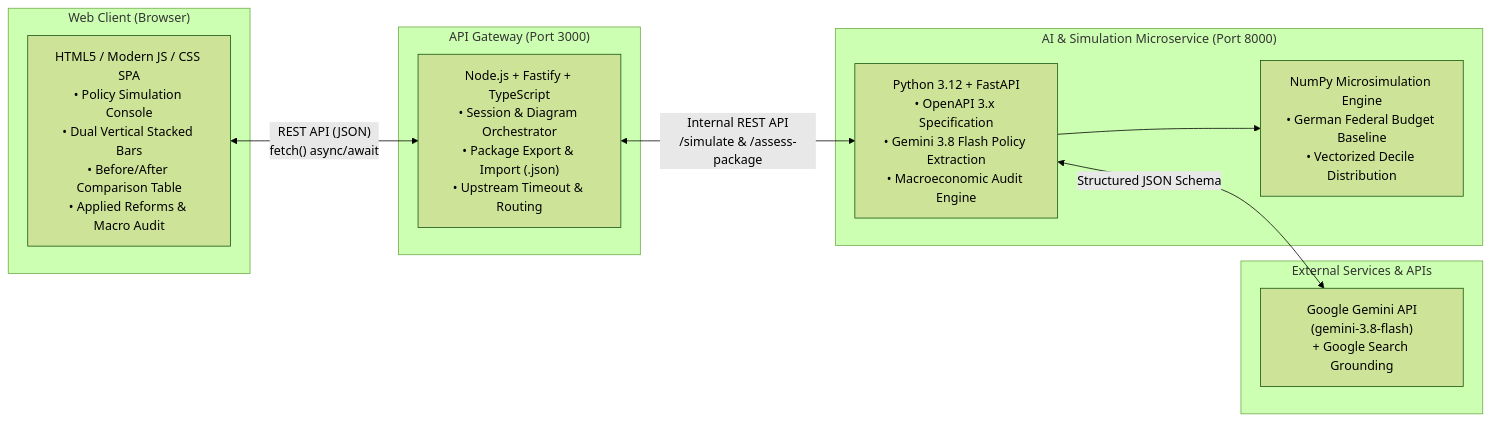
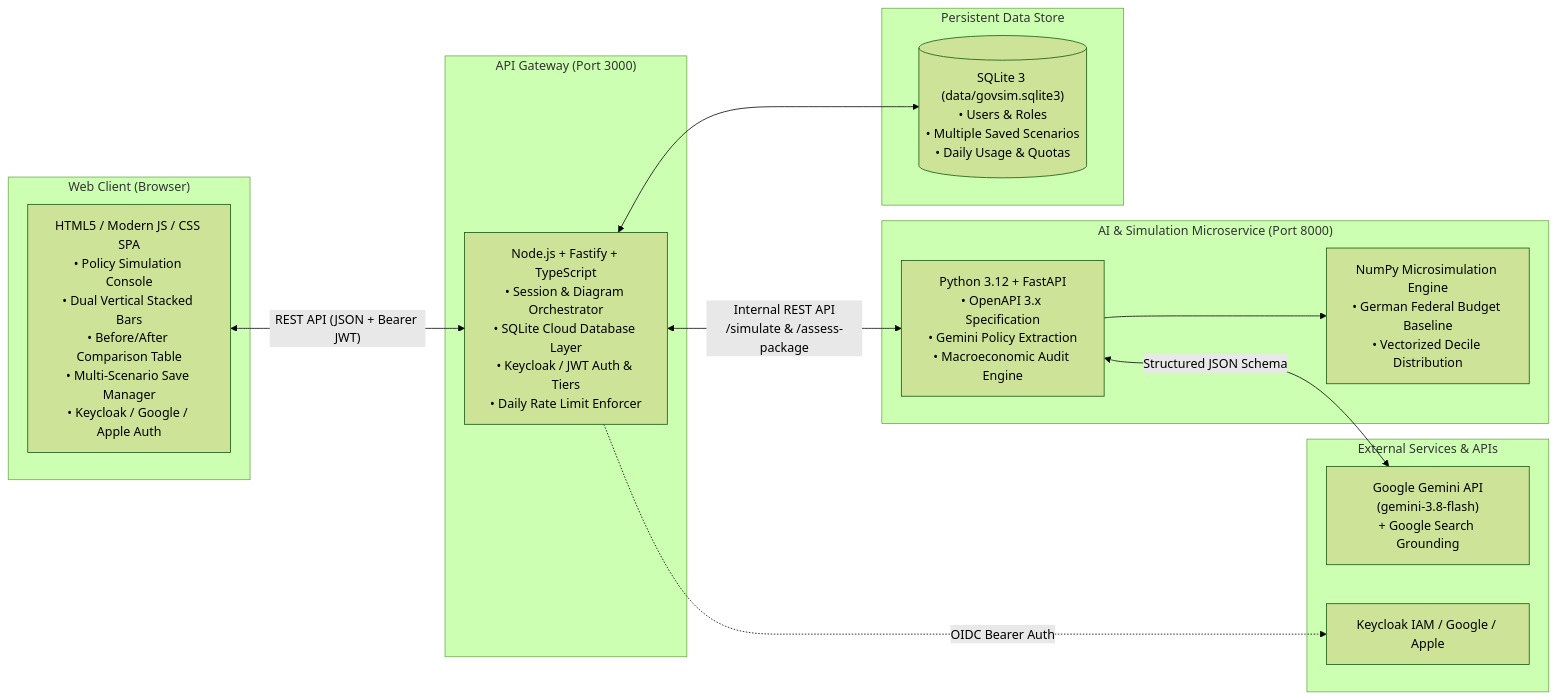
The diagram in README.md (samuelm436/budgetsim), drawn with Mermaid (forest theme) before and after one commit. The commit also changed other lines of this file and 12 other files, not shown here.

Commit message:
feat: add SQLite database, Keycloak/Google/Apple auth, multi-scenario saves, tier quotas, and all-in-one container

````diff
--- a/README.md
+++ b/README.md
@@ -11,24 +11,31 @@
 ```mermaid
 flowchart LR
     subgraph Client["Web Client (Browser)"]
-        SPA["HTML5 / Modern JS / CSS SPA<br/>• Policy Simulation Console<br/>• Dual Vertical Stacked Bars<br/>• Before/After Comparison Table<br/>• Applied Reforms & Macro Audit"]
+        SPA["HTML5 / Modern JS / CSS SPA<br/>• Policy Simulation Console<br/>• Dual Vertical Stacked Bars<br/>• Before/After Comparison Table<br/>• Multi-Scenario Save Manager<br/>• Keycloak / Google / Apple Auth"]
     end
 
     subgraph Gateway["API Gateway (Port 3000)"]
-        GW["Node.js + Fastify + TypeScript<br/>• Session & Diagram Orchestrator<br/>• Package Export & Import (.json)<br/>• Upstream Timeout & Routing"]
+        GW["Node.js + Fastify + TypeScript<br/>• Session & Diagram Orchestrator<br/>• SQLite Cloud Database Layer<br/>• Keycloak / JWT Auth & Tiers<br/>• Daily Rate Limit Enforcer"]
+    end
+
+    subgraph Database["Persistent Data Store"]
+        DB[("SQLite 3 (data/govsim.sqlite3)<br/>• Users & Roles<br/>• Multiple Saved Scenarios<br/>• Daily Usage & Quotas")]
     end
 
     subgraph Backend["AI & Simulation Microservice (Port 8000)"]
-        FA["Python 3.12 + FastAPI<br/>• OpenAPI 3.x Specification<br/>• Gemini 3.8 Flash Policy Extraction<br/>• Macroeconomic Audit Engine"]
+        FA["Python 3.12 + FastAPI<br/>• OpenAPI 3.x Specification<br/>• Gemini Policy Extraction<br/>• Macroeconomic Audit Engine"]
         SIM["NumPy Microsimulation Engine<br/>• German Federal Budget Baseline<br/>• Vectorized Decile Distribution"]
         FA --> SIM
     end
 
     subgraph External["External Services & APIs"]
+        KC["Keycloak IAM / Google / Apple"]
         GEMINI["Google Gemini API<br/>(gemini-3.8-flash)<br/>+ Google Search Grounding"]
     end
 
-    SPA <-->|"REST API (JSON)<br/>fetch() async/await"| GW
+    SPA <-->|"REST API (JSON + Bearer JWT)"| GW
+    GW <--> DB
     GW <-->|"Internal REST API<br/>/simulate & /assess-package"| FA
     FA <-->|"Structured JSON Schema"| GEMINI
+    GW -.->|"OIDC Bearer Auth"| KC
 ```
````
